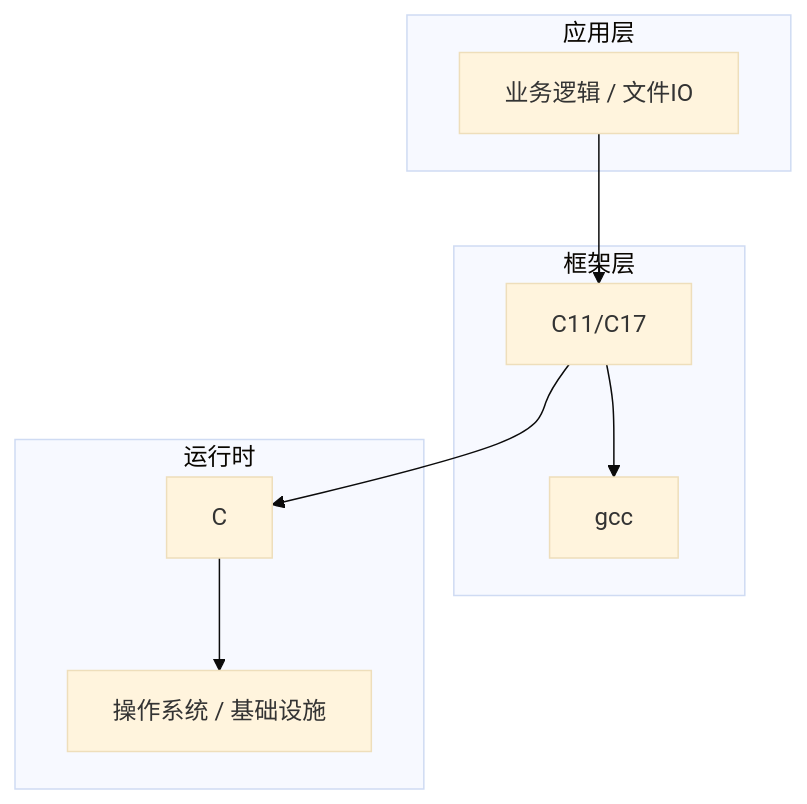
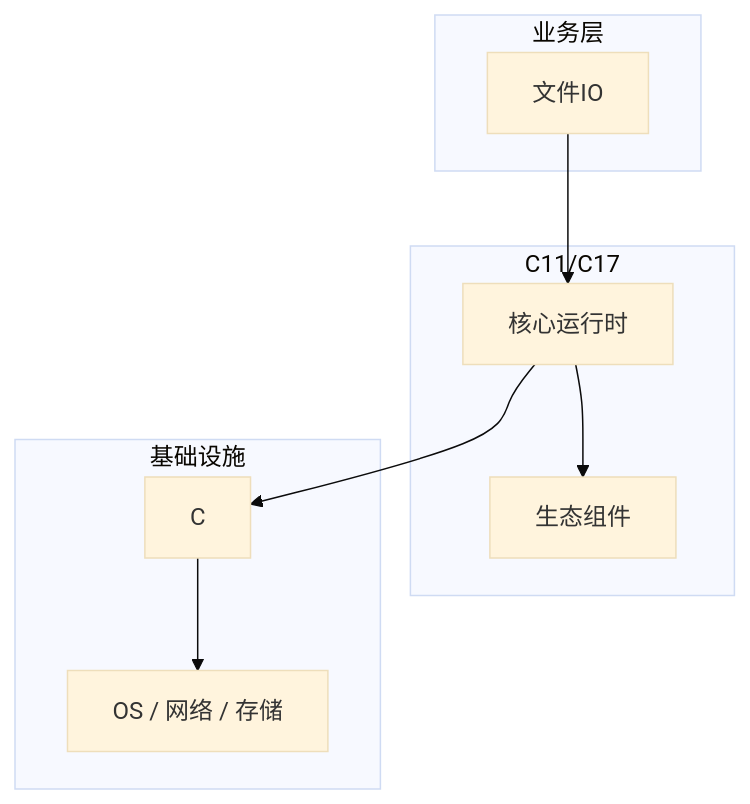
The diagram in articles/C语言/chapters/076-文件IO核心概念与原理.md (yanggan2015/knowledge-json-v2), drawn with Mermaid (base theme) before and after one commit. The commit also changed other lines of this file and 10127 other files, not shown here.

````diff
--- a/articles/C语言/chapters/076-文件IO核心概念与原理.md
+++ b/articles/C语言/chapters/076-文件IO核心概念与原理.md
@@ -45,18 +34,18 @@
 ```mermaid
 graph TB
-    subgraph 应用层
-        A[业务逻辑 / 文件IO]
+    subgraph 业务层
+        A[文件IO]
     end
-    subgraph 框架层
-        B[C11/C17]
-        C[gcc]
+    subgraph C11/C17
+        B[核心运行时]
+        C[生态组件]
     end
-    subgraph 运行时
+    subgraph 基础设施
         D[C]
-        E[操作系统 / 基础设施]
+        E[OS / 网络 / 存储]
     end
     A --> B
     B --> C
     B --> D
     D --> E
 ```
````
